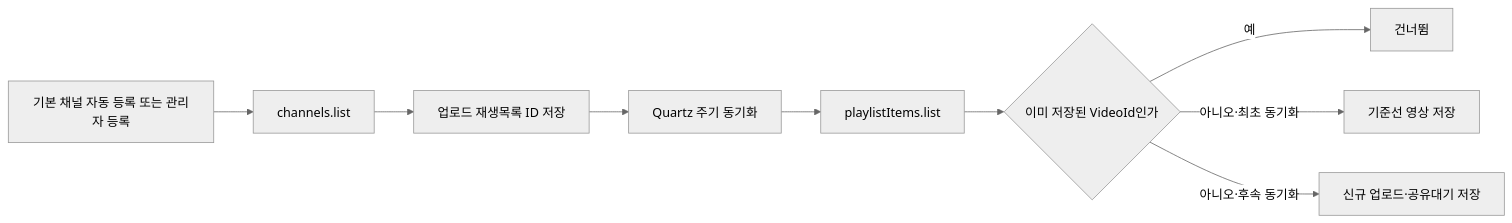
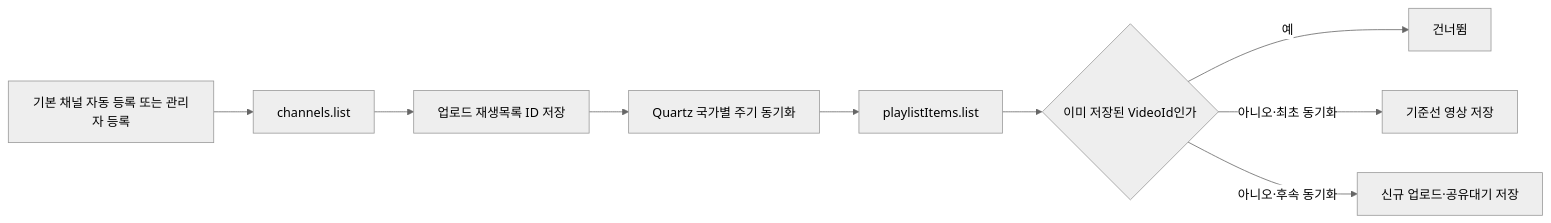
One commit to cheolwo/hongdal changed the diagram in docs/Architecture/YouTubeChannelMonitoring.md. Above: the diagram before and after it, drawn with Mermaid (neutral theme). The commit also changed other lines of this file and 39 other files, not shown here.

````diff
--- a/docs/Architecture/YouTubeChannelMonitoring.md
+++ b/docs/Architecture/YouTubeChannelMonitoring.md
@@ -9,11 +9,11 @@
 ```mermaid
 flowchart LR
     A["기본 채널 자동 등록 또는 관리자 등록"] --> B["channels.list"]
     B --> C["업로드 재생목록 ID 저장"]
-    C --> D["Quartz 주기 동기화"]
+    C --> D["Quartz 국가별 주기 동기화"]
     D --> E["playlistItems.list"]
     E --> F{"이미 저장된 VideoId인가"}
     F -->|예| G["건너뜀"]
     F -->|아니오·최초 동기화| H["기준선 영상 저장"]
     F -->|아니오·후속 동기화| I["신규 업로드·공유대기 저장"]
 ```
````
